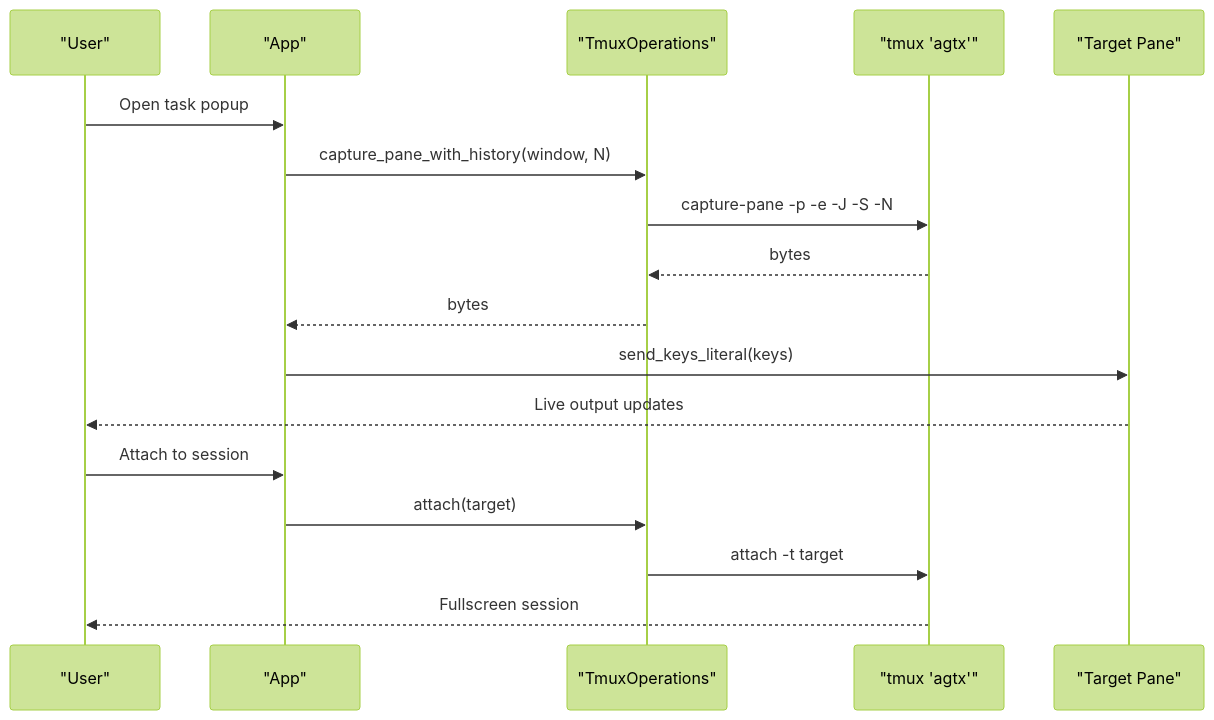
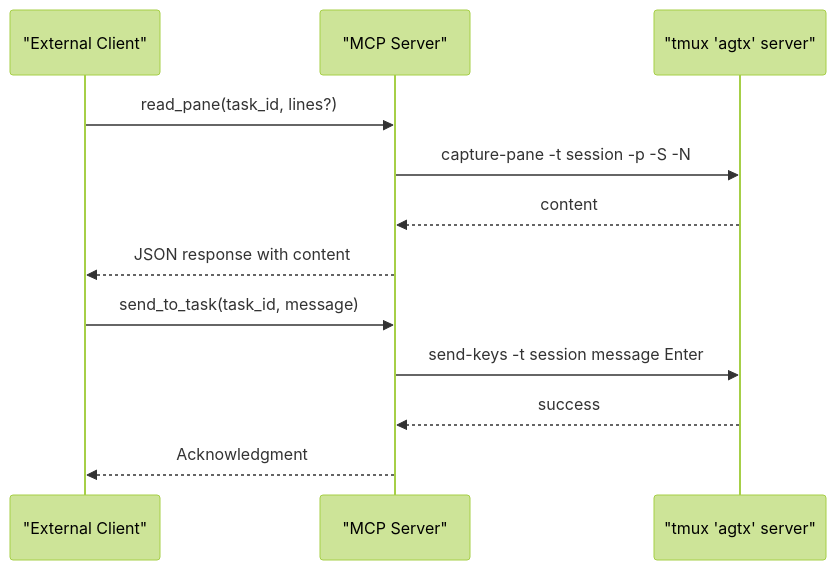
One commit to bramburn/agtx changed the eighth of 9 diagrams in .qoder/repowiki/en/content/tmux Integration/tmux Integration.md. Above: the diagram before and after it, drawn with Mermaid (forest theme). The commit also changed other lines of this file and 140 other files, not shown here.

````diff
--- a/.qoder/repowiki/en/content/tmux Integration/tmux Integration.md
+++ b/.qoder/repowiki/en/content/tmux Integration/tmux Integration.md
@@ -222,19 +279,14 @@
 ```mermaid
 sequenceDiagram
-participant User as "User"
-participant App as "App"
-participant Ops as "TmuxOperations"
-participant Tmux as "tmux 'agtx'"
-participant Pane as "Target Pane"
-User->>App : Open task popup
-App->>Ops : capture_pane_with_history(window, N)
-Ops->>Tmux : capture-pane -p -e -J -S -N
-Tmux-->>Ops : bytes
-Ops-->>App : bytes
-App->>Pane : send_keys_literal(keys)
-Pane-->>User : Live output updates
-User->>App : Attach to session
-App->>Ops : attach(target)
-Ops->>Tmux : attach -t target
-Tmux-->>User : Fullscreen session
+participant Client as "External Client"
+participant MCP as "MCP Server"
+participant TMUX as "tmux 'agtx' server"
+Client->>MCP : read_pane(task_id, lines?)
+MCP->>TMUX : capture-pane -t session -p -S -N
+TMUX-->>MCP : content
+MCP-->>Client : JSON response with content
+Client->>MCP : send_to_task(task_id, message)
+MCP->>TMUX : send-keys -t session message Enter
+TMUX-->>MCP : success
+MCP-->>Client : Acknowledgment
 ```
````
